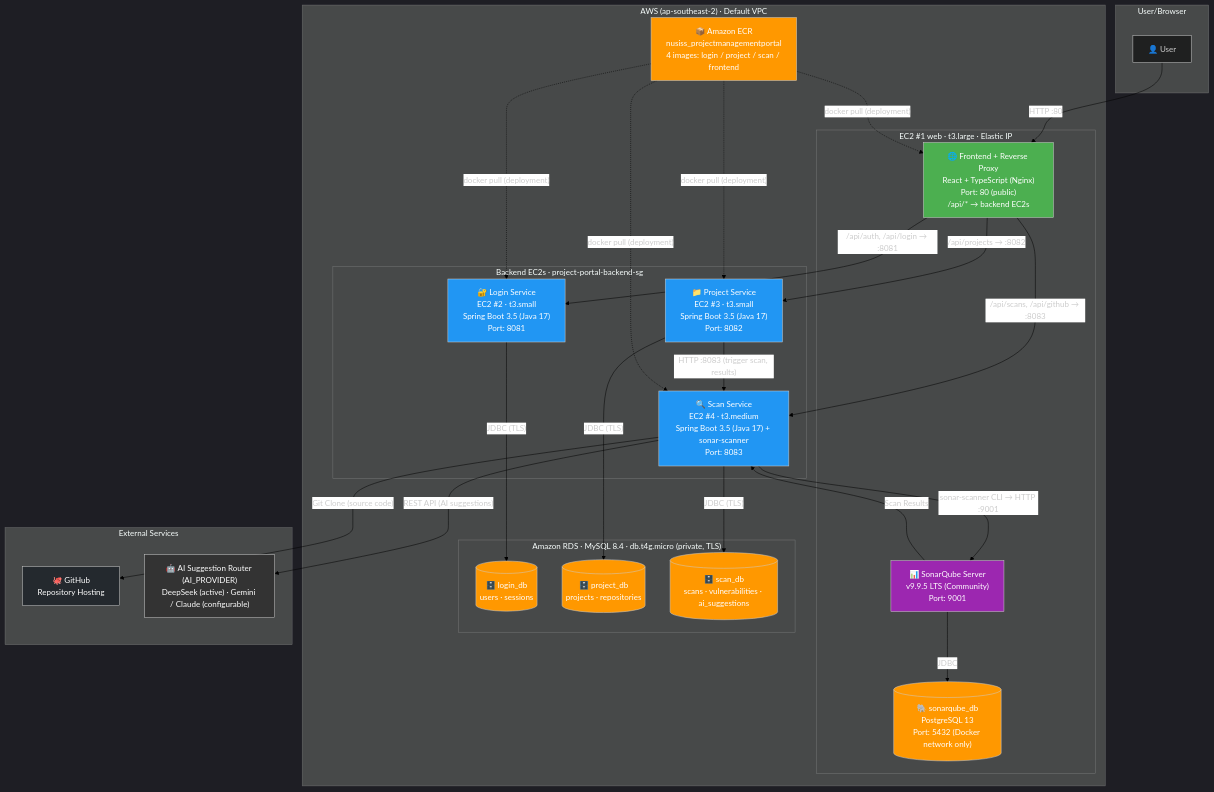
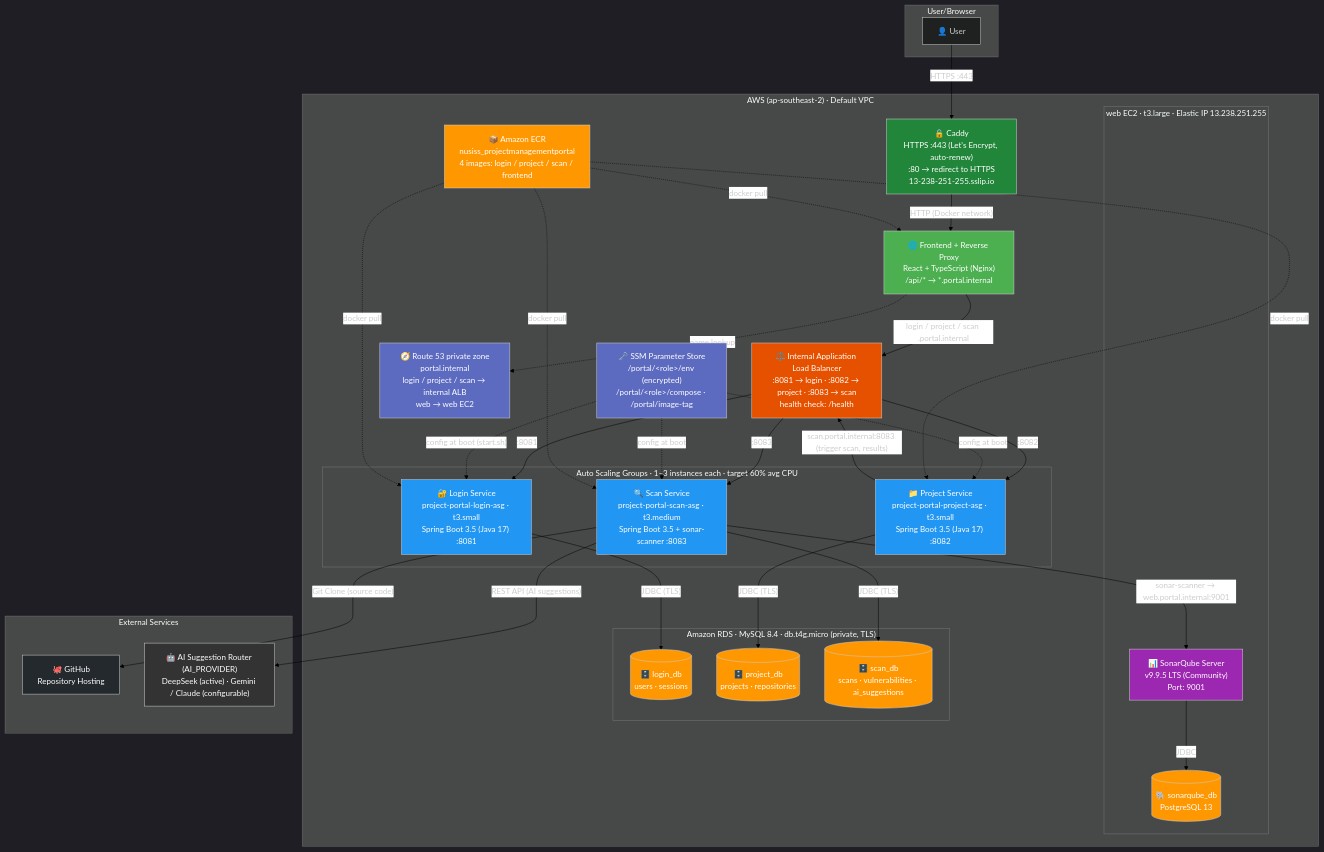
One commit to kaldrake/NUSISS_ProjectManagementPortal changed the diagram in docs/Architecture.mermaid. Above: the diagram before and after it, drawn with Mermaid. The commit also changed 1 other file, not shown here.

Commit message:
Update diagrams for HTTPS and auto scaling
- Architecture: Caddy (HTTPS) on the web EC2, internal ALB in front of
  the login/project/scan Auto Scaling Groups (1-3 instances, 60% CPU),
  Route 53 private names, SSM Parameter Store config, RDS, ECR
- CI/CD: publish config to SSM, instance refresh per group (new instance
  healthy before the old one is removed), then the web EC2

```diff
--- a/docs/Architecture.mermaid
+++ b/docs/Architecture.mermaid
@@ -1,101 +1,122 @@
 %%{init: {'theme': 'dark', 'themeVariables': {'lineColor': '#000000', 'edgeLabelBackground': '#ffffff'}}}%%
 graph TB
     subgraph "User/Browser"
         User[👤 User]
     end
 
     subgraph "AWS (ap-southeast-2) · Default VPC"
 
-        subgraph "EC2 #1 web · t3.large · Elastic IP"
+        subgraph "web EC2 · t3.large · Elastic IP 13.238.251.255"
+            CADDY["🔒 Caddy
+HTTPS :443 (Let's Encrypt, auto-renew)
+:80 → redirect to HTTPS
+13-238-251-255.sslip.io"]
             FE["🌐 Frontend + Reverse Proxy
 React + TypeScript (Nginx)
-Port: 80 (public)
-/api/* → backend EC2s"]
+/api/* → *.portal.internal"]
             SQ["📊 SonarQube Server
 v9.9.5 LTS (Community)
 Port: 9001"]
             SQDB[("🐘 sonarqube_db
-PostgreSQL 13
-Port: 5432 (Docker network only)")]
+PostgreSQL 13")]
         end
 
-        subgraph "Backend EC2s · project-portal-backend-sg"
+        DNS["🧭 Route 53 private zone
+portal.internal
+login / project / scan → internal ALB
+web → web EC2"]
+
+        ALB["⚖️ Internal Application Load Balancer
+:8081 → login · :8082 → project · :8083 → scan
+health check: /health"]
+
+        subgraph "Auto Scaling Groups · 1–3 instances each · target 60% avg CPU"
             LS["🔐 Login Service
-EC2 #2 · t3.small
-Spring Boot 3.5 (Java 17)
-Port: 8081"]
+project-portal-login-asg · t3.small
+Spring Boot 3.5 (Java 17) :8081"]
             PS["📁 Project Service
-EC2 #3 · t3.small
-Spring Boot 3.5 (Java 17)
-Port: 8082"]
+project-portal-project-asg · t3.small
+Spring Boot 3.5 (Java 17) :8082"]
             SCS["🔍 Scan Service
-EC2 #4 · t3.medium
-Spring Boot 3.5 (Java 17) + sonar-scanner
-Port: 8083"]
+project-portal-scan-asg · t3.medium
+Spring Boot 3.5 + sonar-scanner :8083"]
         end
+
+        SSM["🗝️ SSM Parameter Store
+/portal/&lt;role&gt;/env (encrypted)
+/portal/&lt;role&gt;/compose · /portal/image-tag"]
 
         subgraph "Amazon RDS · MySQL 8.4 · db.t4g.micro (private, TLS)"
             LDB[("🗄️ login_db
 users · sessions")]
             PDB[("🗄️ project_db
 projects · repositories")]
             SDB[("🗄️ scan_db
 scans · vulnerabilities · ai_suggestions")]
         end
 
         ECR["📦 Amazon ECR
 nusiss_projectmanagementportal
 4 images: login / project / scan / frontend"]
     end
 
     subgraph "External Services"
         GH["🐙 GitHub
 Repository Hosting"]
         AI["🤖 AI Suggestion Router (AI_PROVIDER)
 DeepSeek (active) · Gemini / Claude (configurable)"]
     end
 
-    %% User to Frontend
-    User -->|"HTTP :80"| FE
+    %% User to the web EC2
+    User -->|"HTTPS :443"| CADDY
+    CADDY -->|"HTTP (Docker network)"| FE
 
-    %% Nginx reverse proxy to backend EC2s (private IPs)
-    FE -->|"/api/auth, /api/login → :8081"| LS
-    FE -->|"/api/projects → :8082"| PS
-    FE -->|"/api/scans, /api/github → :8083"| SCS
+    %% Nginx to the services through the internal ALB
+    FE -->|"login / project / scan .portal.internal"| ALB
+    FE -.->|"name lookup"| DNS
+    ALB -->|":8081"| LS
+    ALB -->|":8082"| PS
+    ALB -->|":8083"| SCS
+
+    %% Service-to-service (through the ALB)
+    PS -->|"scan.portal.internal:8083 (trigger scan, results)"| ALB
 
     %% Services to their own databases on RDS
     LS -->|"JDBC (TLS)"| LDB
     PS -->|"JDBC (TLS)"| PDB
     SCS -->|"JDBC (TLS)"| SDB
 
-    %% Service-to-service
-    PS -->|"HTTP :8083 (trigger scan, results)"| SCS
-
     %% Scan Service to SonarQube on the web EC2
-    SCS -->|"sonar-scanner CLI → HTTP :9001"| SQ
+    SCS -->|"sonar-scanner → web.portal.internal:9001"| SQ
     SQ -->|"JDBC"| SQDB
-    SQ -->|"Scan Results"| SCS
 
     %% External integrations
     SCS -->|"Git Clone (source code)"| GH
     SCS -->|"REST API (AI suggestions)"| AI
 
-    %% CI/CD deploys images from ECR
-    ECR -.->|"docker pull (deployment)"| FE
-    ECR -.->|"docker pull (deployment)"| LS
-    ECR -.->|"docker pull (deployment)"| PS
-    ECR -.->|"docker pull (deployment)"| SCS
+    %% Instance bootstrap: config + images
+    SSM -.->|"config at boot (start.sh)"| LS
+    SSM -.->|"config at boot"| PS
+    SSM -.->|"config at boot"| SCS
+    ECR -.->|"docker pull"| LS
+    ECR -.->|"docker pull"| PS
+    ECR -.->|"docker pull"| SCS
+    ECR -.->|"docker pull"| FE
 
     %% Styling
+    style CADDY fill:#22863a,color:#fff
     style FE fill:#4CAF50,color:#fff
+    style ALB fill:#e65100,color:#fff
+    style DNS fill:#5c6bc0,color:#fff
+    style SSM fill:#5c6bc0,color:#fff
     style LS fill:#2196F3,color:#fff
     style PS fill:#2196F3,color:#fff
     style SCS fill:#2196F3,color:#fff
     style LDB fill:#FF9800,color:#fff
     style PDB fill:#FF9800,color:#fff
     style SDB fill:#FF9800,color:#fff
     style SQDB fill:#FF9800,color:#fff
     style SQ fill:#9C27B0,color:#fff
     style ECR fill:#FF9800,color:#fff
     style GH fill:#24292e,color:#fff
     style AI fill:#333,color:#fff
```
